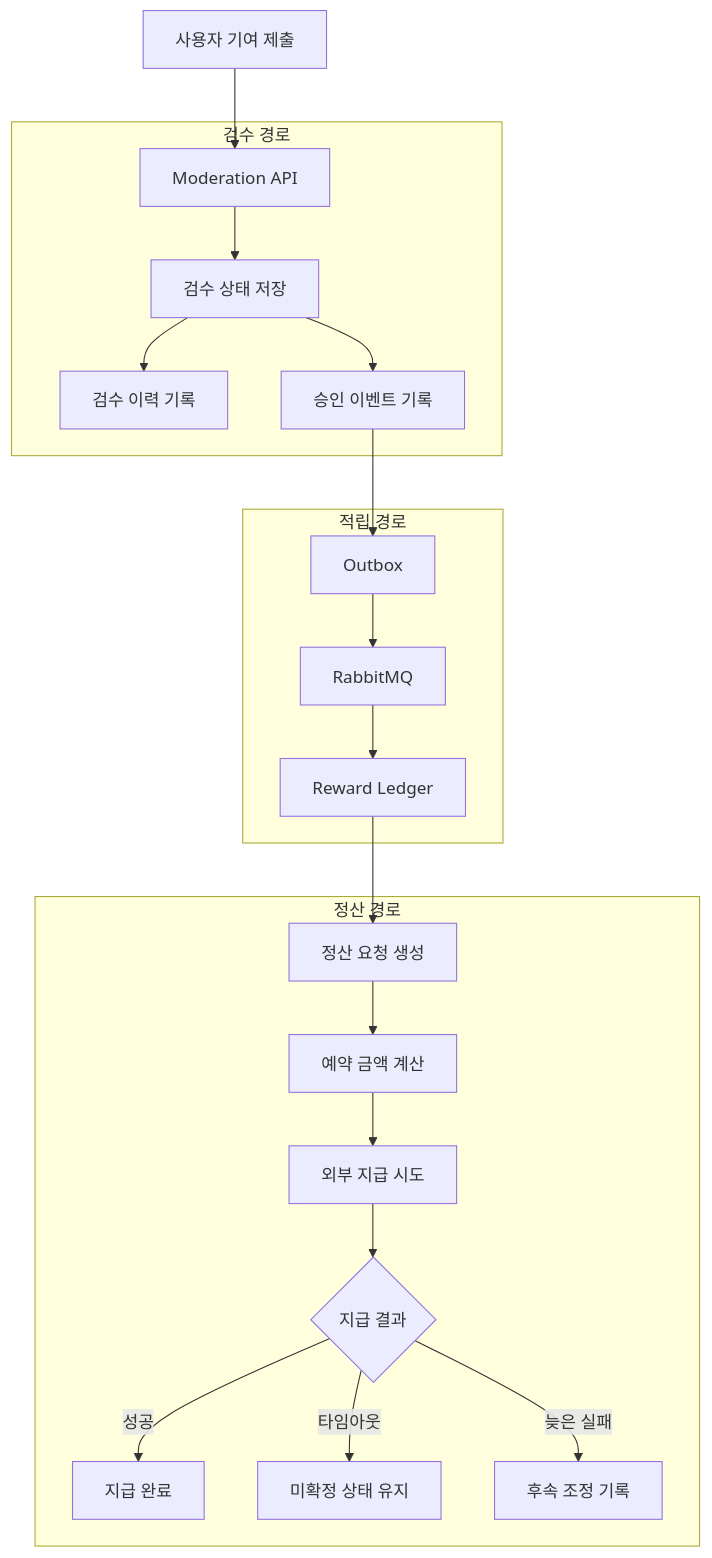
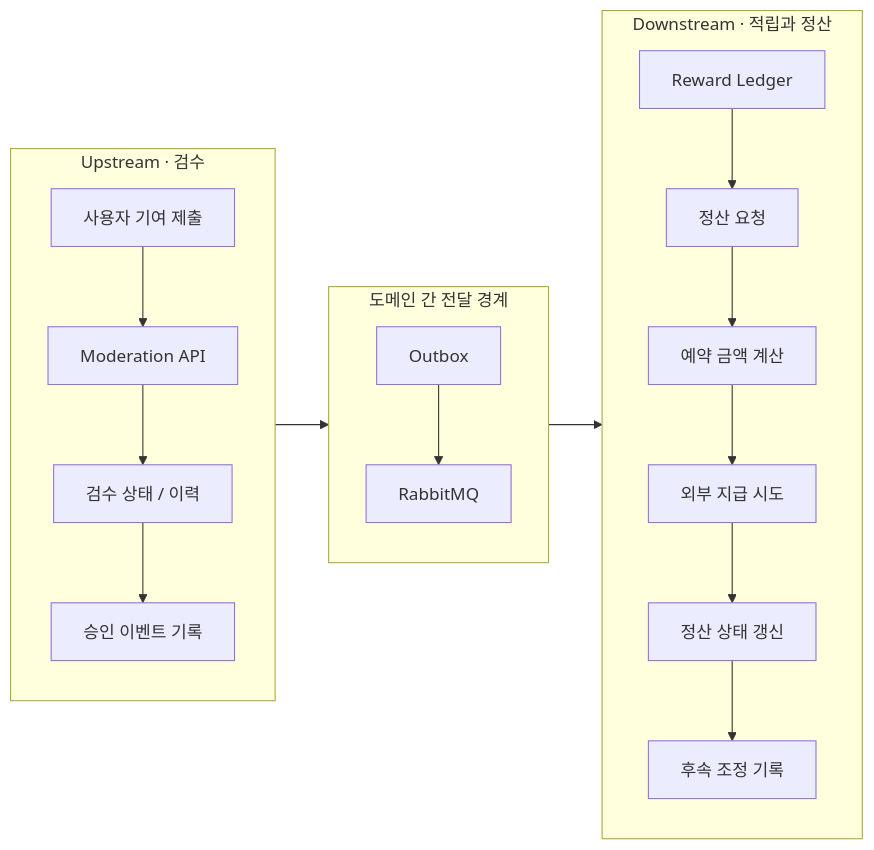
One commit to joohyeongzz81/hipster changed the second of 2 diagrams in README.md. Above: the diagram before and after it, drawn with Mermaid. The commit also changed other lines of this file, not shown here.

````diff
--- a/README.md
+++ b/README.md
@@ -75,42 +59,32 @@
 ```mermaid
-flowchart TD
-    A[사용자 기여 제출] --> B[Moderation API]
-    B --> C[검수 상태 저장]
-    C --> D[검수 이력 기록]
-    C --> E[승인 이벤트 기록]
-
-    subgraph Moderation[검수 경로]
-        B
-        C
-        D
-        E
+flowchart LR
+    subgraph Upstream[Upstream · 검수]
+        direction TB
+        A[사용자 기여 제출]
+        B[Moderation API]
+        C[검수 상태 / 이력]
+        D[승인 이벤트 기록]
+        A --> B --> C --> D
     end
 
-    E --> F[Outbox]
-    F --> G[RabbitMQ]
-    G --> H[Reward Ledger]
-
-    subgraph Reward[적립 경로]
-        F
-        G
-        H
+    subgraph Bridge[도메인 간 전달 경계]
+        direction TB
+        E[Outbox]
+        F[RabbitMQ]
+        E --> F
     end
 
-    H --> I[정산 요청 생성]
-    I --> J[예약 금액 계산]
-    J --> K[외부 지급 시도]
-    K --> L{지급 결과}
-    L -->|성공| M[지급 완료]
-    L -->|타임아웃| N[미확정 상태 유지]
-    L -->|늦은 실패| O[후속 조정 기록]
+    subgraph Downstream[Downstream · 적립과 정산]
+        direction TB
+        G[Reward Ledger]
+        H[정산 요청]
+        I[예약 금액 계산]
+        J[외부 지급 시도]
+        K[정산 상태 갱신]
+        L[후속 조정 기록]
+        G --> H --> I --> J --> K --> L
+    end
 
-    subgraph Settlement[정산 경로]
-        I
-        J
-        K
-        L
-        M
-        N
-        O
-    end
+    D --> E
+    F --> G
 ```
````
